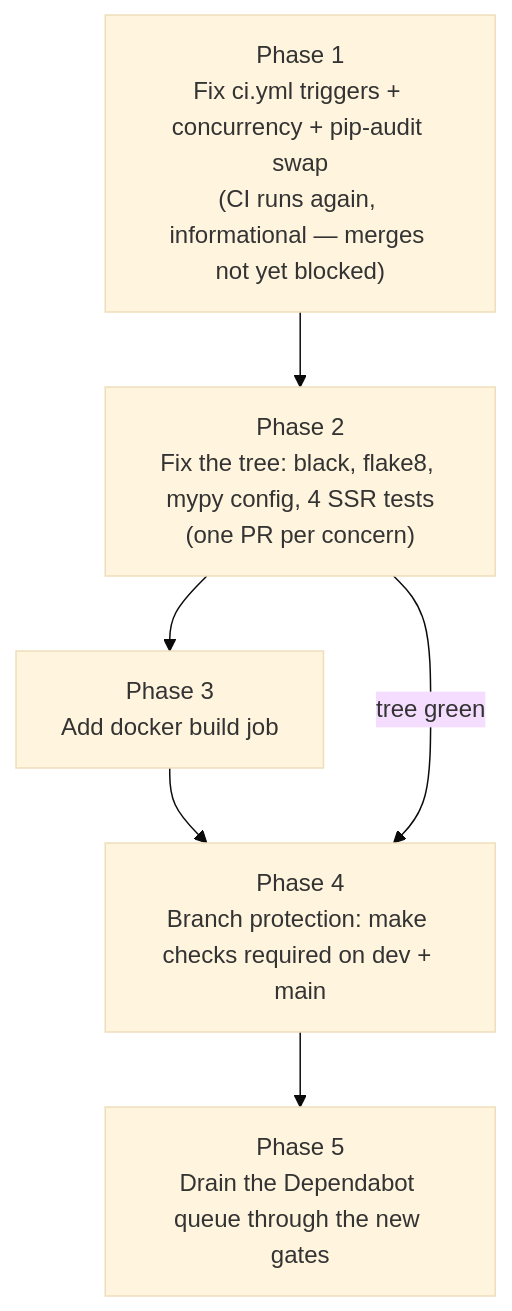
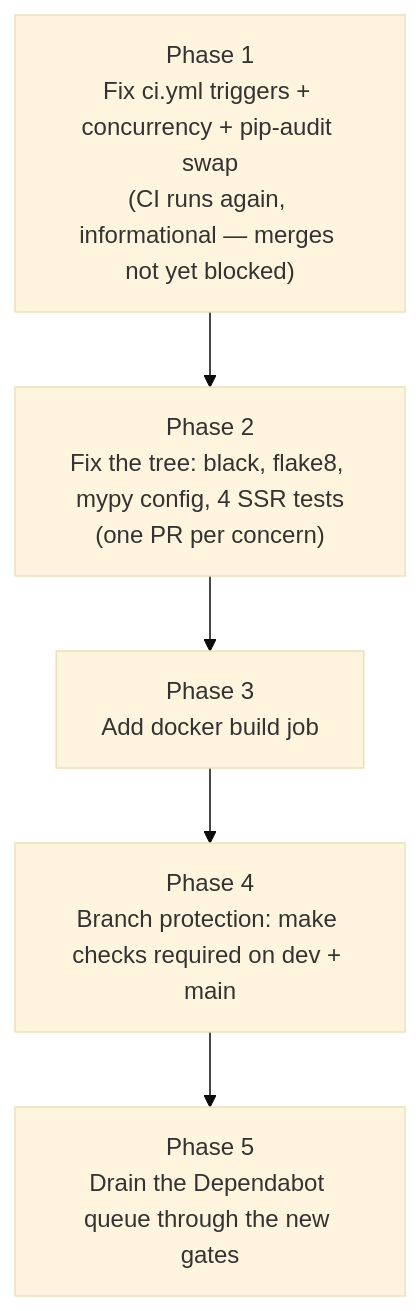
One commit to adamtasteslikegood/tasteslikegood.com changed the third of 3 diagrams in docs/ci/refresh/SPEC-01-ci-quality-gates.md. Above: the diagram before and after it, drawn with Mermaid (base theme). The commit also changed other lines of this file and 5 other files, not shown here.

````diff
--- a/docs/ci/refresh/SPEC-01-ci-quality-gates.md
+++ b/docs/ci/refresh/SPEC-01-ci-quality-gates.md
@@ -151,10 +160,9 @@
 ```mermaid
 flowchart TD
     P1["Phase 1<br/>Fix ci.yml triggers + concurrency + pip-audit swap<br/>(CI runs again, informational — merges not yet blocked)"]
     P2["Phase 2<br/>Fix the tree: black, flake8, mypy config, 4 SSR tests<br/>(one PR per concern)"]
     P3["Phase 3<br/>Add docker build job"]
     P4["Phase 4<br/>Branch protection: make checks required on dev + main"]
     P5["Phase 5<br/>Drain the Dependabot queue through the new gates"]
     P1 --> P2 --> P3 --> P4 --> P5
-    P2 -->|tree green| P4
 ```
````
